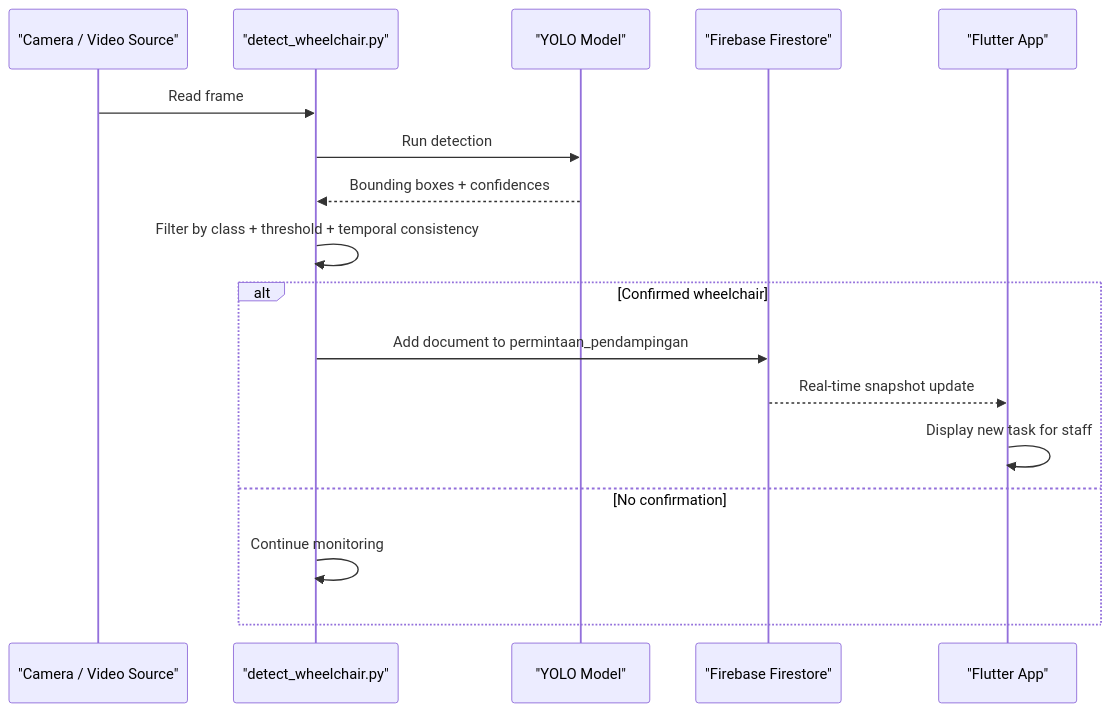
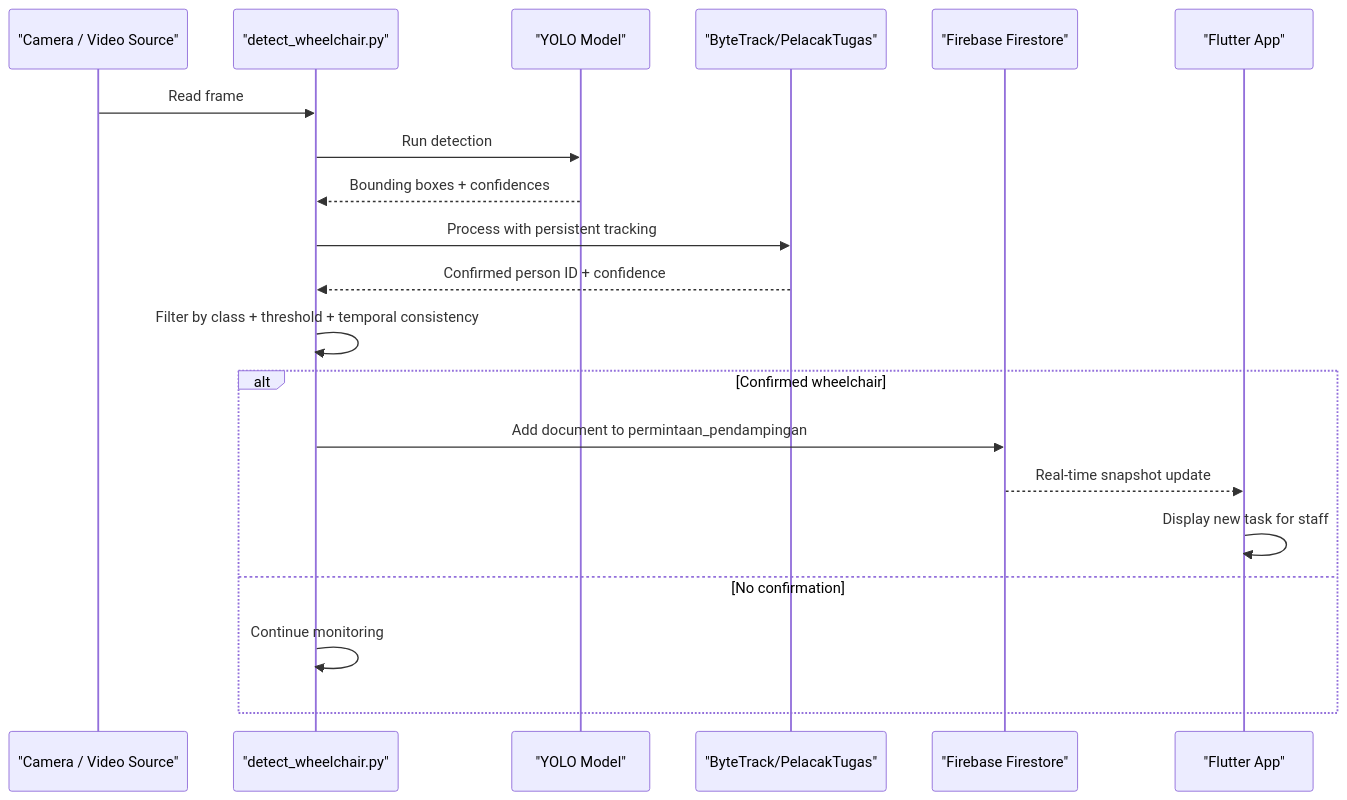
Before and after one commit to rdsarjito/whoosh-ramah: the second of 9 diagrams in .qoder/repowiki/en/content/AI Detection System/AI Detection System.md, drawn with Mermaid. The commit also changed other lines of this file and 68 other files, not shown here.

````diff
--- a/.qoder/repowiki/en/content/AI Detection System/AI Detection System.md
+++ b/.qoder/repowiki/en/content/AI Detection System/AI Detection System.md
@@ -108,19 +126,22 @@
 ```mermaid
 sequenceDiagram
 participant Cam as "Camera / Video Source"
 participant Det as "detect_wheelchair.py"
 participant Mod as "YOLO Model"
+participant Track as "ByteTrack/PelacakTugas"
 participant FB as "Firebase Firestore"
 participant App as "Flutter App"
 Cam->>Det : Read frame
 Det->>Mod : Run detection
 Mod-->>Det : Bounding boxes + confidences
+Det->>Track : Process with persistent tracking
+Track-->>Det : Confirmed person ID + confidence
 Det->>Det : Filter by class + threshold + temporal consistency
 alt Confirmed wheelchair
 Det->>FB : Add document to permintaan_pendampingan
 FB-->>App : Real-time snapshot update
 App->>App : Display new task for staff
 else No confirmation
 Det->>Det : Continue monitoring
 end
 ```
````
